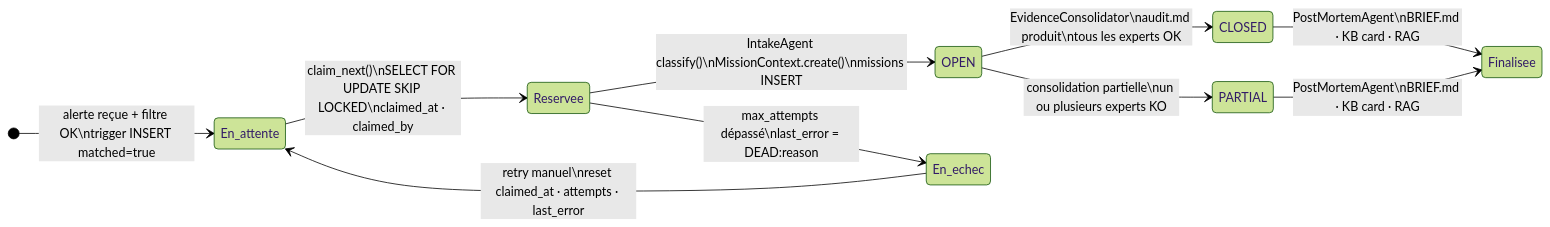
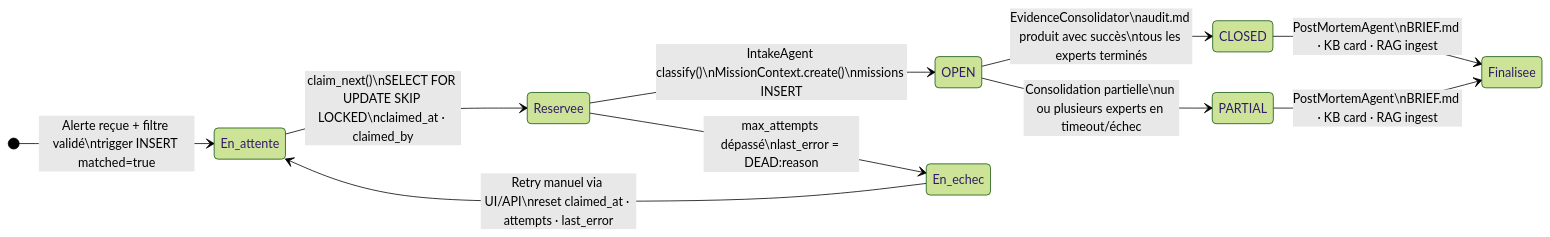
The second of 3 diagrams in README.md (arabaaoui/kafka-agentic-platform), drawn with Mermaid (forest theme) before and after one commit. The commit also changed other lines of this file, not shown here.

````diff
--- a/README.md
+++ b/README.md
@@ -69,22 +116,22 @@
 ```mermaid
 stateDiagram-v2
     direction LR
 
-    [*] --> En_attente : alerte reçue + filtre OK\ntrigger INSERT matched=true
+    [*] --> En_attente : Alerte reçue + filtre validé\ntrigger INSERT matched=true
 
     En_attente --> Reservee : claim_next()\nSELECT FOR UPDATE SKIP LOCKED\nclaimed_at · claimed_by
 
     Reservee --> OPEN : IntakeAgent classify()\nMissionContext.create()\nmissions INSERT
 
-    OPEN --> CLOSED : EvidenceConsolidator\naudit.md produit\ntous les experts OK
+    OPEN --> CLOSED : EvidenceConsolidator\naudit.md produit avec succès\ntous les experts terminés
 
-    OPEN --> PARTIAL : consolidation partielle\nun ou plusieurs experts KO
+    OPEN --> PARTIAL : Consolidation partielle\nun ou plusieurs experts en timeout/échec
 
-    CLOSED --> Finalisee : PostMortemAgent\nBRIEF.md · KB card · RAG
+    CLOSED --> Finalisee : PostMortemAgent\nBRIEF.md · KB card · RAG ingest
 
-    PARTIAL --> Finalisee : PostMortemAgent\nBRIEF.md · KB card · RAG
+    PARTIAL --> Finalisee : PostMortemAgent\nBRIEF.md · KB card · RAG ingest
 
     Reservee --> En_echec : max_attempts dépassé\nlast_error = DEAD:reason
 
-    En_echec --> En_attente : retry manuel\nreset claimed_at · attempts · last_error
+    En_echec --> En_attente : Retry manuel via UI/API\nreset claimed_at · attempts · last_error
 ```
````
